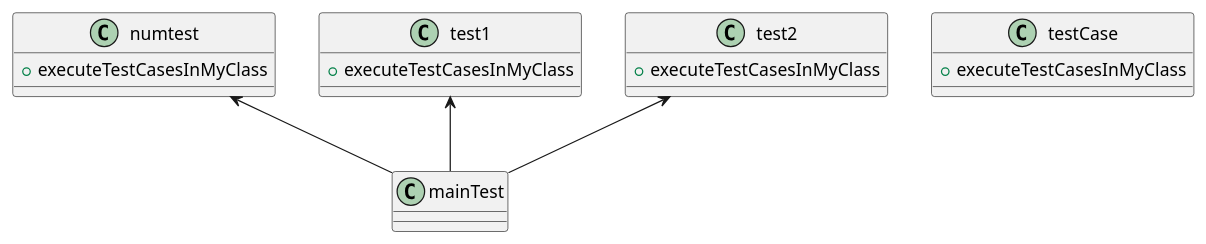
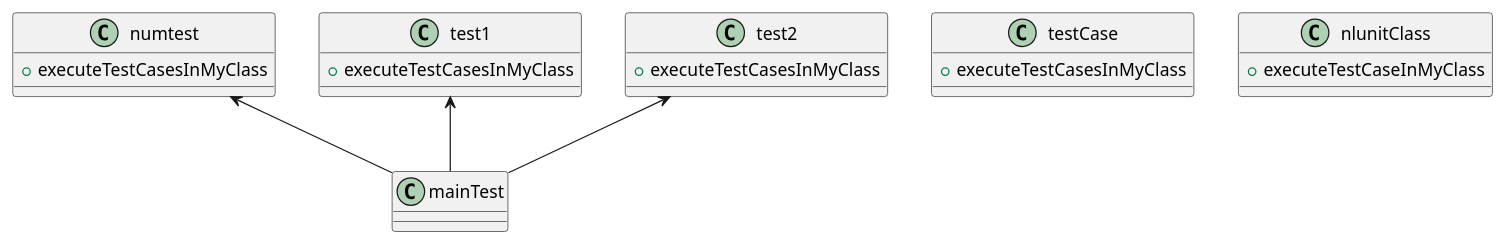
One commit to terapotan/NLUnit changed the diagram in DoingList.md. Above: the diagram before and after it, drawn with PlantUML. The commit also changed other lines of this file and 1 other file, not shown here.

Commit message:
nlunitClassを作成

````diff
--- a/DoingList.md
+++ b/DoingList.md
@@ -19,22 +24,25 @@
 ```plantuml
 class mainTest{
 
 }
 class numtest{
     + executeTestCasesInMyClass
 }
 class test1{
     + executeTestCasesInMyClass
 }
 class test2{
     + executeTestCasesInMyClass
 }
 
 class testCase{
     + executeTestCasesInMyClass
 }
 
+class nlunitClass{
+    + executeTestCaseInMyClass
+}
 numtest <-- mainTest
 test1 <-- mainTest
 test2 <-- mainTest
 ```
````
